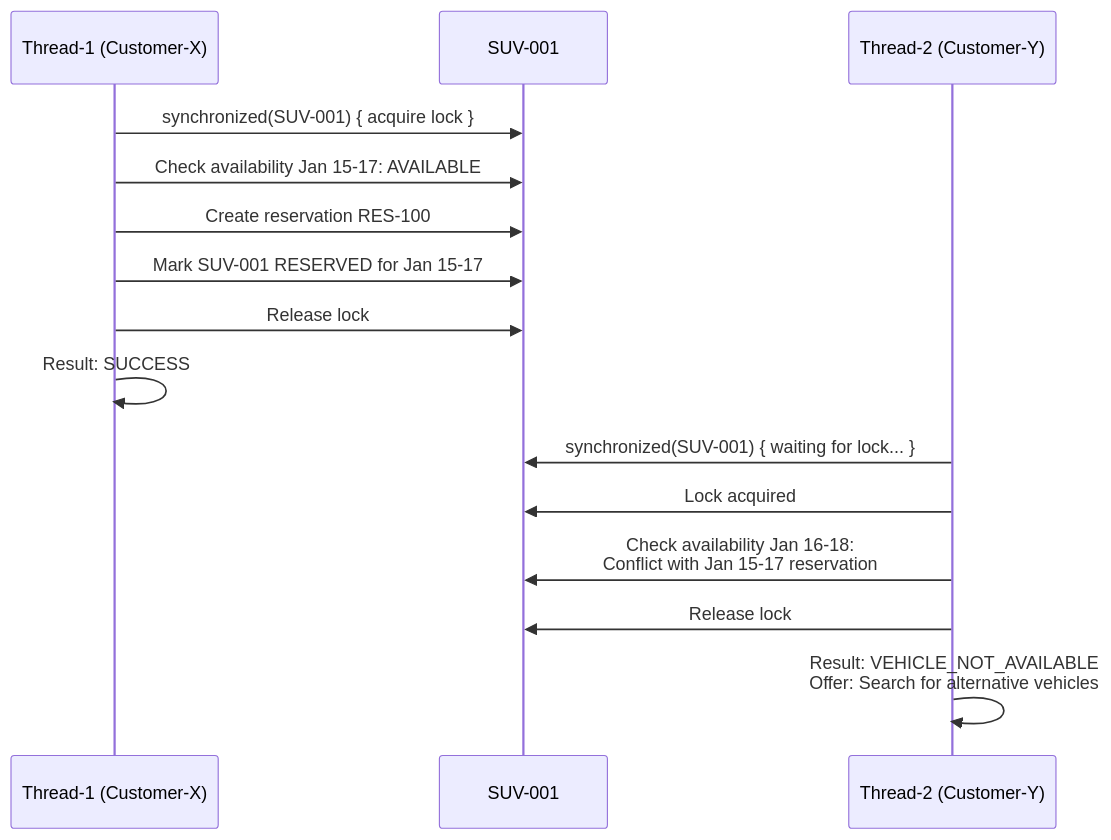
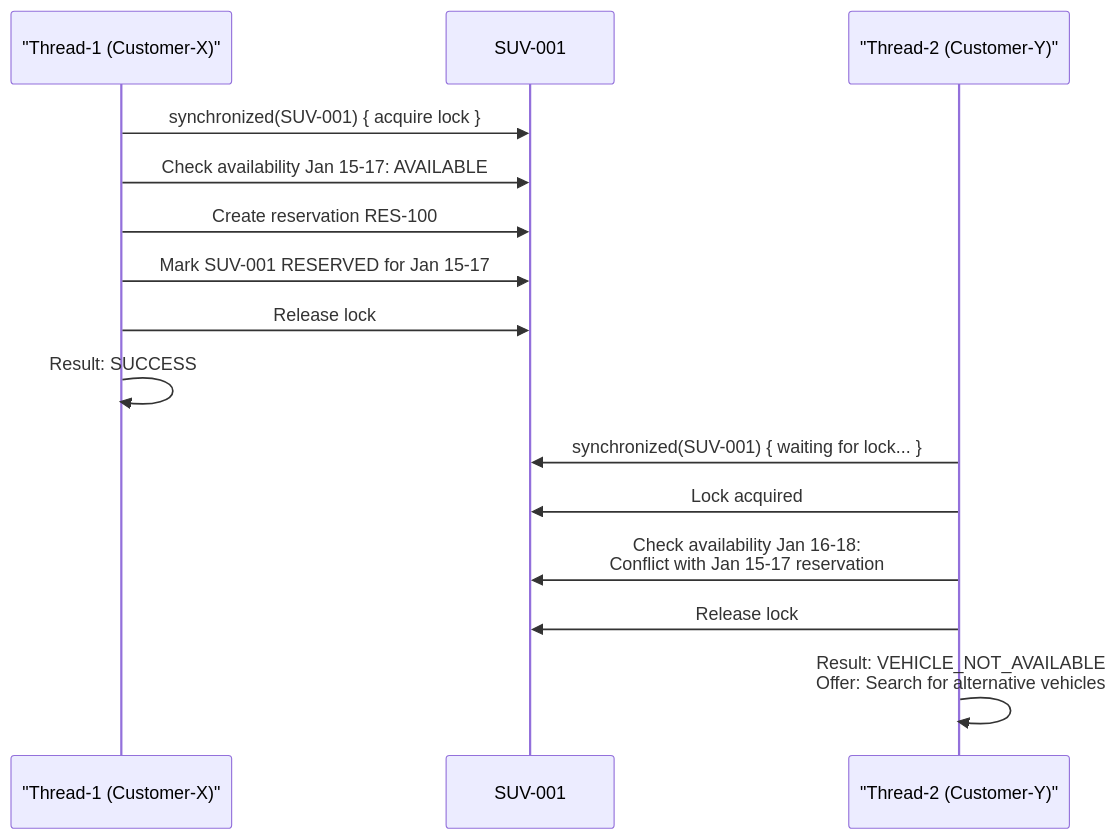
The third of 4 diagrams in Phase-08-Low-Level-Design/10-car-rental-system/03-simulation-testing.md (Prateeshtalasu/SystemDesignGuide), drawn with Mermaid before and after one commit. The commit also changed 171 other files, not shown here.

Commit message:
Convert ASCII diagrams to Mermaid in Phase-08-Low-Level-Design - Converted 2 ASCII diagrams (library-management state transition, elevator-system class diagram) to Mermaid - Validated all 100 existing Mermaid diagrams - Wrapped ASCII diagrams in collapsible details blocks for reference

````diff
--- a/Phase-08-Low-Level-Design/10-car-rental-system/03-simulation-testing.md
+++ b/Phase-08-Low-Level-Design/10-car-rental-system/03-simulation-testing.md
@@ -114,19 +114,19 @@
 ```mermaid
 sequenceDiagram
-    participant T1 as Thread-1 (Customer-X)
+    participant T1 as "Thread-1 (Customer-X)"
     participant V as SUV-001
-    participant T2 as Thread-2 (Customer-Y)
+    participant T2 as "Thread-2 (Customer-Y)"
     
     T1->>V: synchronized(SUV-001) { acquire lock }
     T1->>V: Check availability Jan 15-17: AVAILABLE
     T1->>V: Create reservation RES-100
     T1->>V: Mark SUV-001 RESERVED for Jan 15-17
     T1->>V: Release lock
     T1->>T1: Result: SUCCESS
     
     T2->>V: synchronized(SUV-001) { waiting for lock... }
     T2->>V: Lock acquired
     T2->>V: Check availability Jan 16-18:<br/>Conflict with Jan 15-17 reservation
     T2->>V: Release lock
     T2->>T2: Result: VEHICLE_NOT_AVAILABLE<br/>Offer: Search for alternative vehicles
 ```
````
